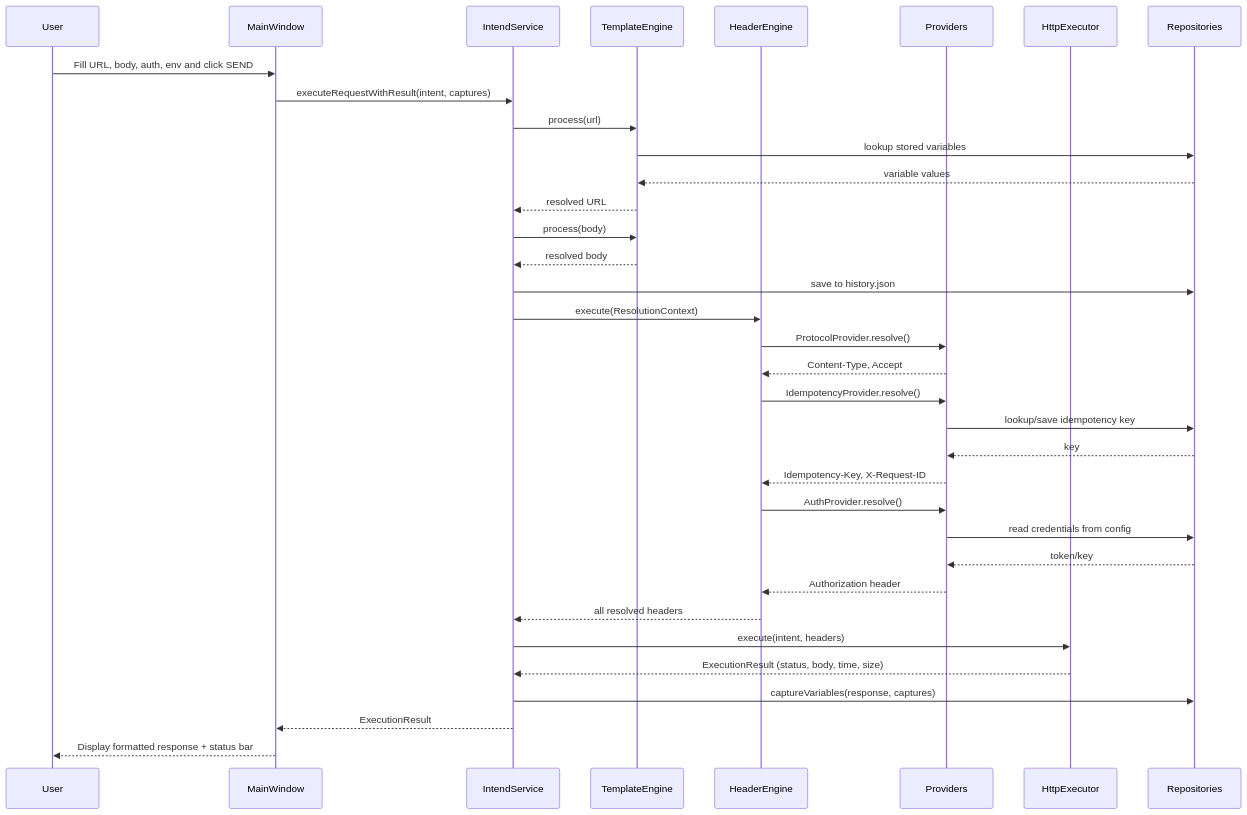
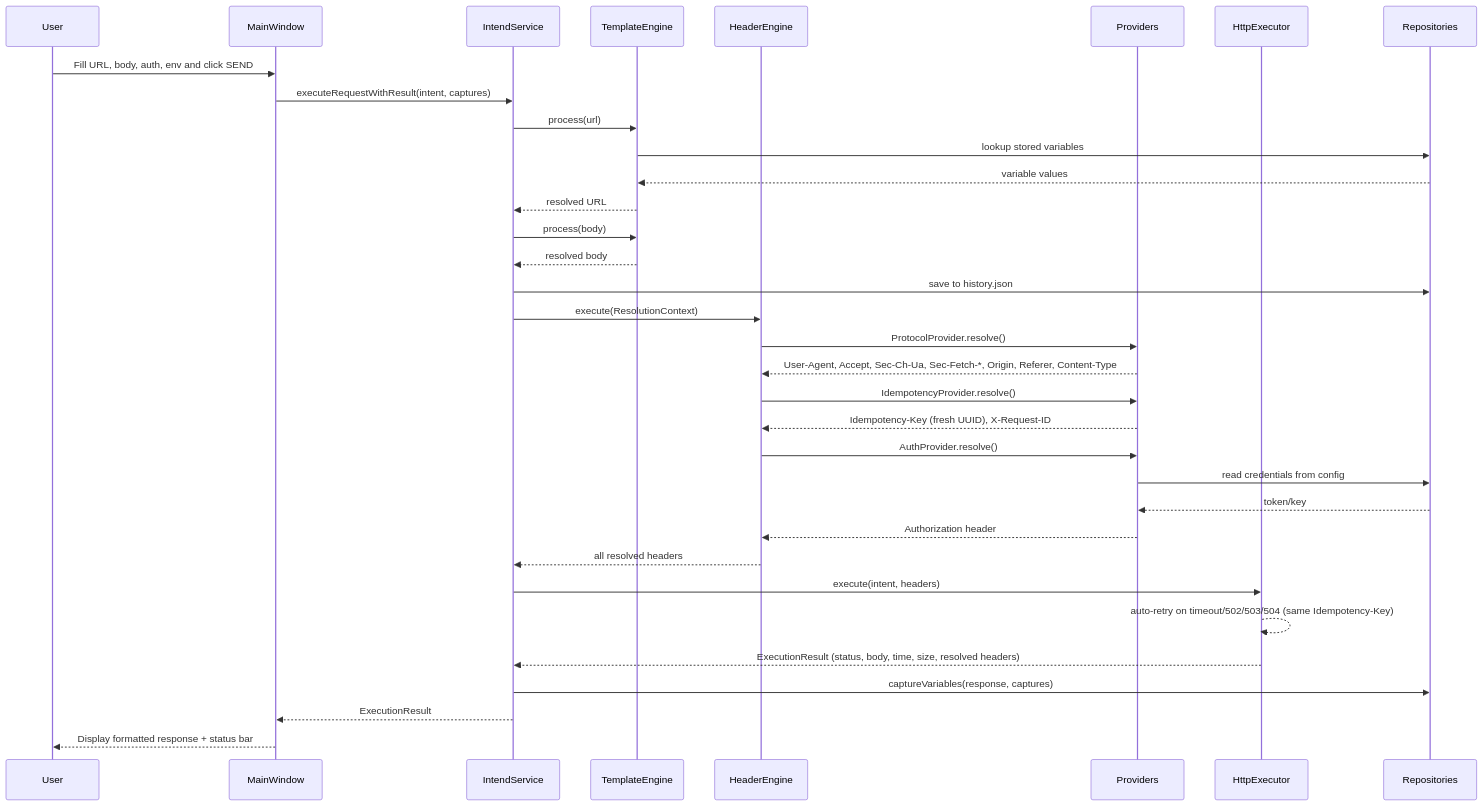
The second of 3 diagrams in README.md (Pskuntal1248/http-client-INTEND), drawn with Mermaid before and after one commit. The commit also changed other lines of this file, not shown here.

Commit message:
Enhance README: update idempotency and header handling descriptions for clarity

````diff
--- a/README.md
+++ b/README.md
@@ -482,45 +494,44 @@
 ```mermaid
 sequenceDiagram
     participant U as User
     participant MW as MainWindow
     participant IS as IntendService
     participant TE as TemplateEngine
     participant HE as HeaderEngine
     participant P as Providers
     participant EX as HttpExecutor
     participant R as Repositories
 
     U->>MW: Fill URL, body, auth, env and click SEND
     MW->>IS: executeRequestWithResult(intent, captures)
 
     IS->>TE: process(url)
     TE->>R: lookup stored variables
     R-->>TE: variable values
     TE-->>IS: resolved URL
 
     IS->>TE: process(body)
     TE-->>IS: resolved body
 
     IS->>R: save to history.json
 
     IS->>HE: execute(ResolutionContext)
     HE->>P: ProtocolProvider.resolve()
-    P-->>HE: Content-Type, Accept
+    P-->>HE: User-Agent, Accept, Sec-Ch-Ua, Sec-Fetch-*, Origin, Referer, Content-Type
     HE->>P: IdempotencyProvider.resolve()
-    P->>R: lookup/save idempotency key
-    R-->>P: key
-    P-->>HE: Idempotency-Key, X-Request-ID
+    P-->>HE: Idempotency-Key (fresh UUID), X-Request-ID
     HE->>P: AuthProvider.resolve()
     P->>R: read credentials from config
     R-->>P: token/key
     P-->>HE: Authorization header
     HE-->>IS: all resolved headers
 
     IS->>EX: execute(intent, headers)
-    EX-->>IS: ExecutionResult (status, body, time, size)
+    EX-->>EX: auto-retry on timeout/502/503/504 (same Idempotency-Key)
+    EX-->>IS: ExecutionResult (status, body, time, size, resolved headers)
 
     IS->>R: captureVariables(response, captures)
 
     IS-->>MW: ExecutionResult
     MW-->>U: Display formatted response + status bar
 ```
````
